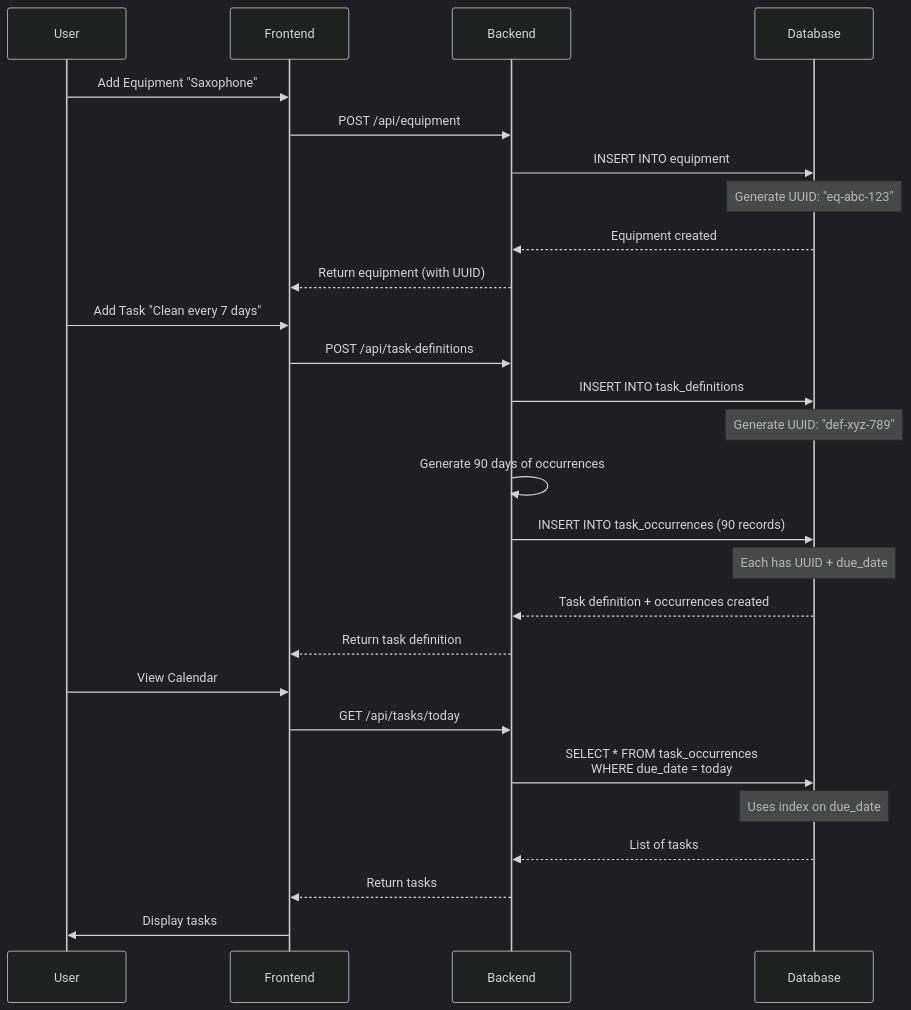
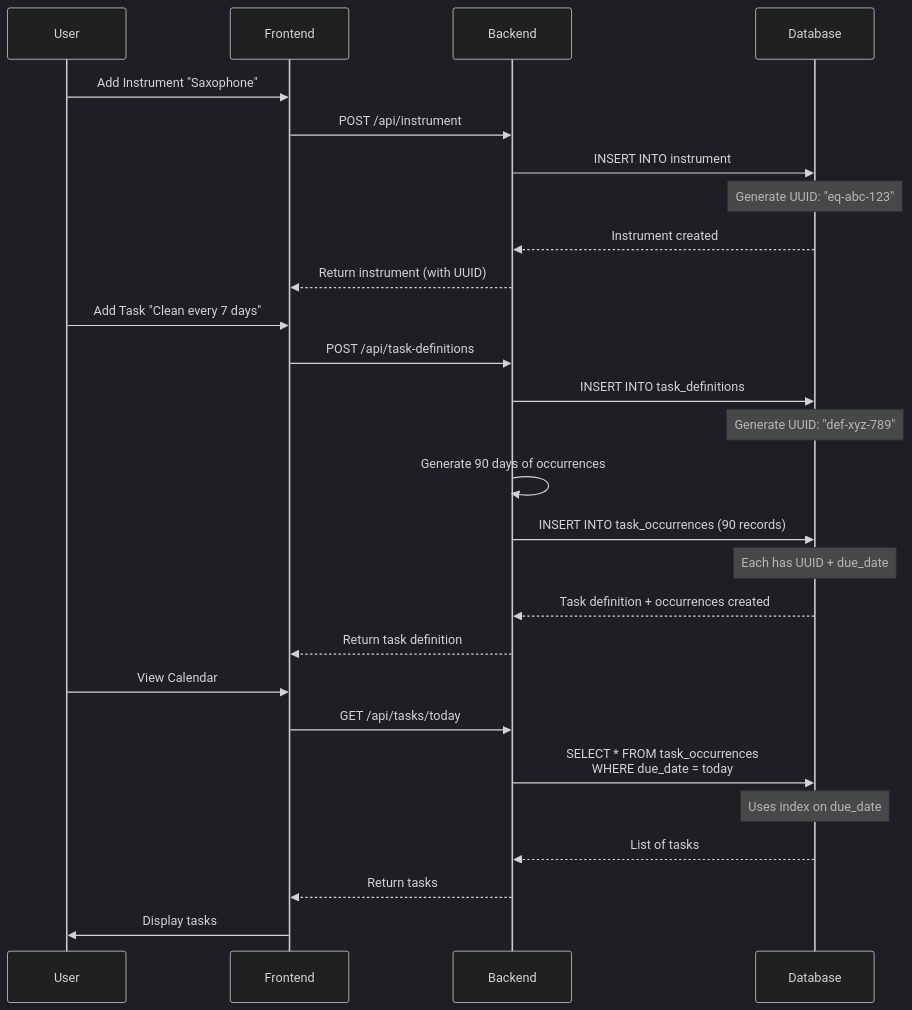
One commit to beveridges/practice-app changed the third of 3 diagrams in DATABASE_EXPLANATION.md. Above: the diagram before and after it, drawn with Mermaid (dark theme). The commit also changed other lines of this file and 40 other files, not shown here.

````diff
--- a/DATABASE_EXPLANATION.md
+++ b/DATABASE_EXPLANATION.md
@@ -502,32 +502,32 @@
 ```mermaid
 sequenceDiagram
     participant User
     participant Frontend
     participant Backend
     participant Database
     
-    User->>Frontend: Add Equipment "Saxophone"
-    Frontend->>Backend: POST /api/equipment
-    Backend->>Database: INSERT INTO equipment
+    User->>Frontend: Add Instrument "Saxophone"
+    Frontend->>Backend: POST /api/instrument
+    Backend->>Database: INSERT INTO instrument
     Note over Database: Generate UUID: "eq-abc-123"
-    Database-->>Backend: Equipment created
-    Backend-->>Frontend: Return equipment (with UUID)
+    Database-->>Backend: Instrument created
+    Backend-->>Frontend: Return instrument (with UUID)
     
     User->>Frontend: Add Task "Clean every 7 days"
     Frontend->>Backend: POST /api/task-definitions
     Backend->>Database: INSERT INTO task_definitions
     Note over Database: Generate UUID: "def-xyz-789"
     Backend->>Backend: Generate 90 days of occurrences
     Backend->>Database: INSERT INTO task_occurrences (90 records)
     Note over Database: Each has UUID + due_date
     Database-->>Backend: Task definition + occurrences created
     Backend-->>Frontend: Return task definition
     
     User->>Frontend: View Calendar
     Frontend->>Backend: GET /api/tasks/today
     Backend->>Database: SELECT * FROM task_occurrences<br/>WHERE due_date = today
     Note over Database: Uses index on due_date
     Database-->>Backend: List of tasks
     Backend-->>Frontend: Return tasks
     Frontend->>User: Display tasks
 ```
````
